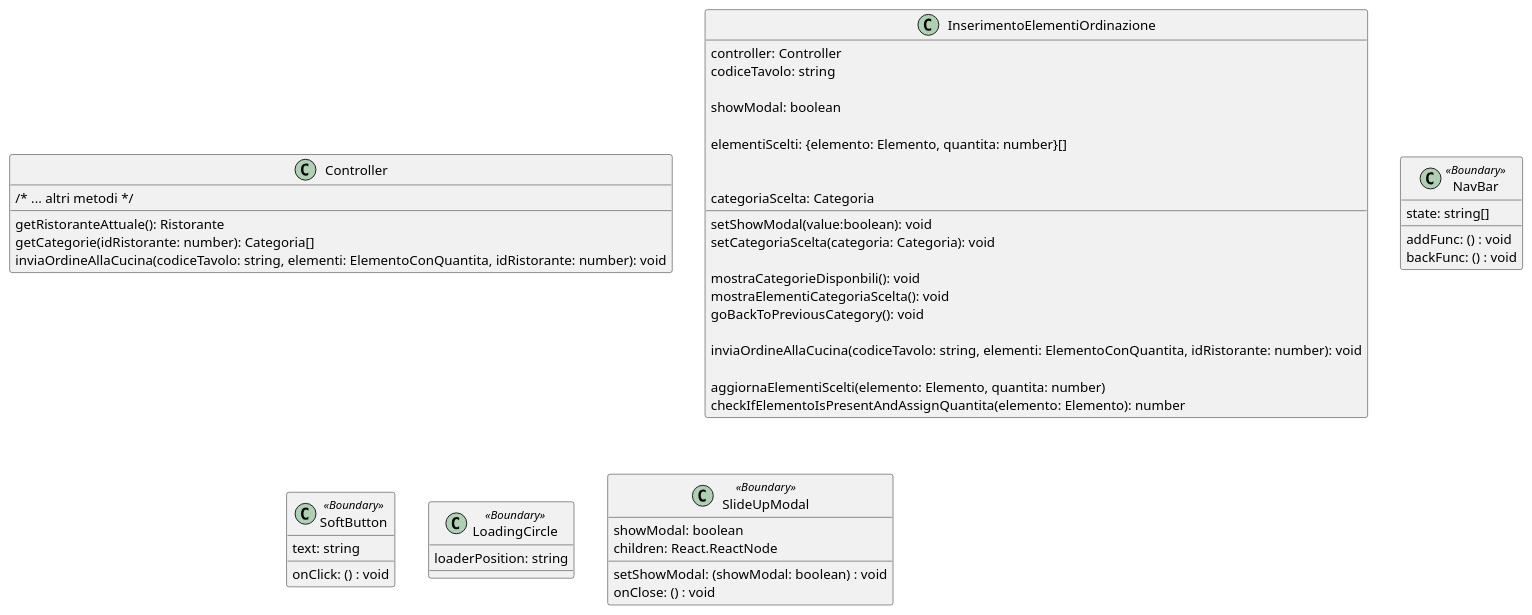
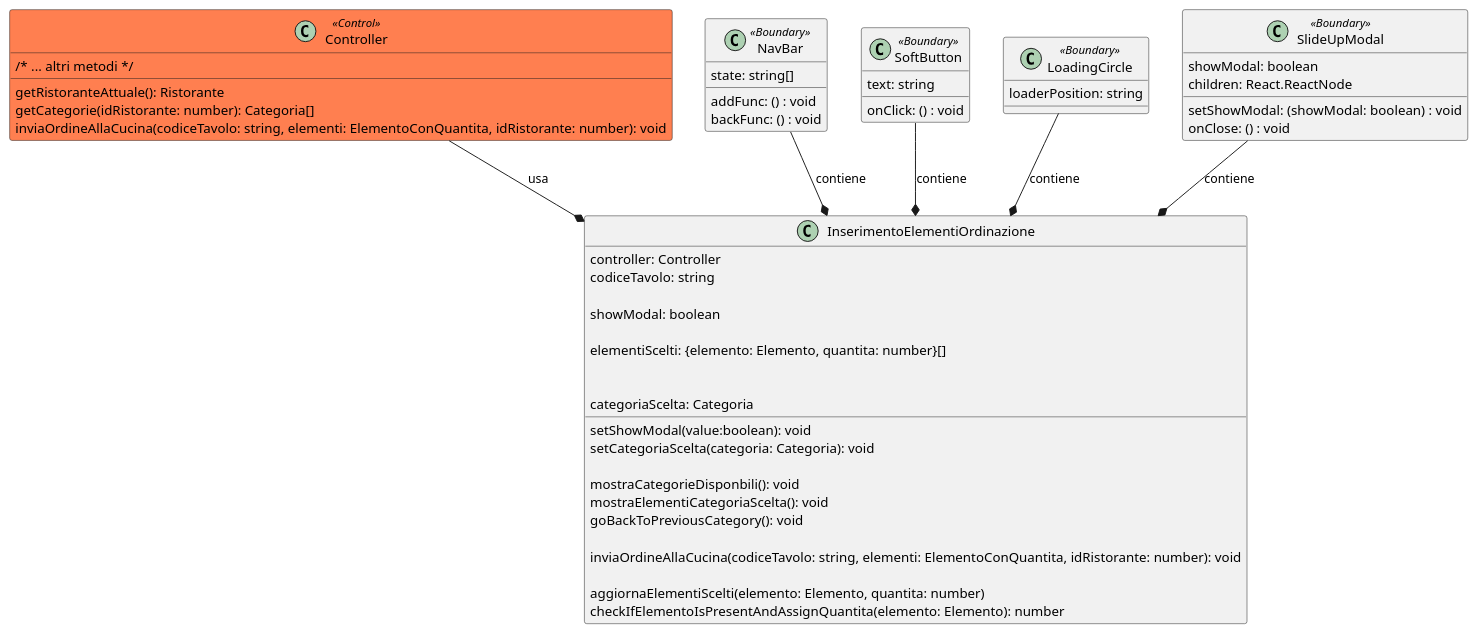
Before and after one commit to macro21KGB/Esame-INGSW-22-23: the diagram in diagrams/PUML/routes/InserimentoElementiOrdinazione.puml, drawn with PlantUML. The commit also changed 5 other files, not shown here.

```diff
--- a/diagrams/PUML/routes/InserimentoElementiOrdinazione.puml
+++ b/diagrams/PUML/routes/InserimentoElementiOrdinazione.puml
@@ -1,65 +1,72 @@
 @startuml
 
 
-class Controller {
+class Controller <<Control>> #coral{
   /* ... altri metodi */
   getRistoranteAttuale(): Ristorante
   getCategorie(idRistorante: number): Categoria[]
   inviaOrdineAllaCucina(codiceTavolo: string, elementi: ElementoConQuantita, idRistorante: number): void
 
 }
 
 
 class InserimentoElementiOrdinazione {
   controller: Controller
   codiceTavolo: string
 
   showModal: boolean
   setShowModal(value:boolean): void
 
   elementiScelti: {elemento: Elemento, quantita: number}[]
 
 
   categoriaScelta: Categoria
   setCategoriaScelta(categoria: Categoria): void
 
   mostraCategorieDisponbili(): void
   mostraElementiCategoriaScelta(): void
   goBackToPreviousCategory(): void
 
   inviaOrdineAllaCucina(codiceTavolo: string, elementi: ElementoConQuantita, idRistorante: number): void
 
   aggiornaElementiScelti(elemento: Elemento, quantita: number)
   checkIfElementoIsPresentAndAssignQuantita(elemento: Elemento): number
 }
 
 class NavBar <<Boundary>> {
 
 	addFunc: () : void
 	backFunc: () : void
 	state: string[]
 }
 
 class SoftButton <<Boundary>> {
 
   text: string
   onClick: () : void
 
 }
 
 class LoadingCircle <<Boundary>> {
   
 	loaderPosition: string
 
 }
 
 class SlideUpModal <<Boundary>> {
 
 	showModal: boolean
 	setShowModal: (showModal: boolean) : void
 	children: React.ReactNode
 	onClose: () : void
 
 }
 
+SlideUpModal --* InserimentoElementiOrdinazione : contiene
+
+NavBar --* InserimentoElementiOrdinazione : contiene
+SoftButton --* InserimentoElementiOrdinazione : contiene
+LoadingCircle --* InserimentoElementiOrdinazione : contiene
+Controller --* InserimentoElementiOrdinazione : usa
+
 @enduml
```
